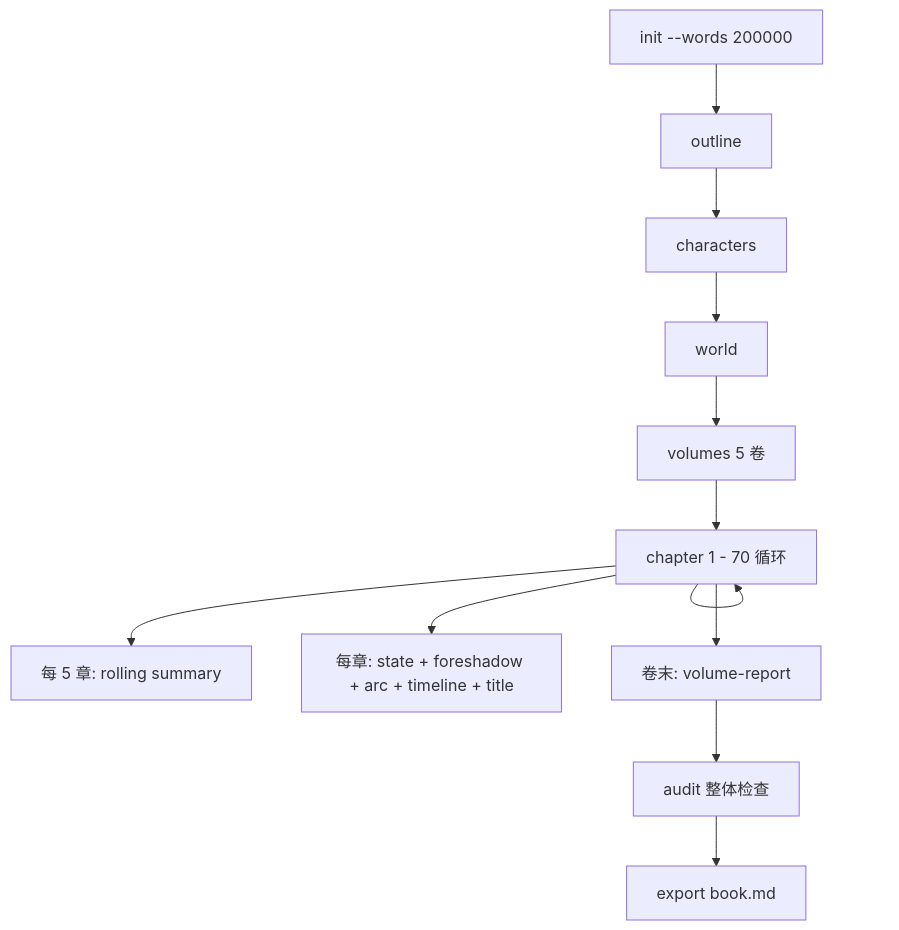
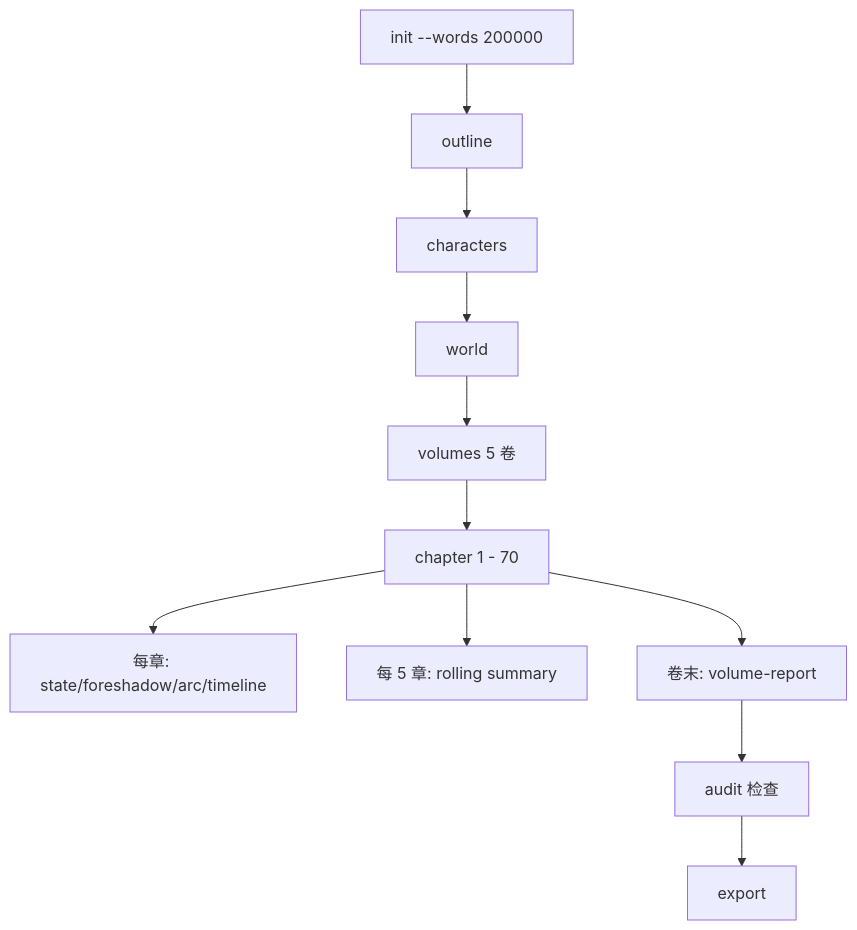
Before and after one commit to growdu/ai-novel: the first of 2 diagrams in docs/USER_MANUAL.md, drawn with Mermaid. The commit also changed other lines of this file, not shown here.

````diff
--- a/docs/USER_MANUAL.md
+++ b/docs/USER_MANUAL.md
@@ -161,14 +147,13 @@
 ```mermaid
 graph TB
     A[init --words 200000] --> B[outline]
     B --> C[characters]
     C --> D[world]
     D --> E[volumes 5 卷]
-    E --> F[chapter 1 - 70 循环]
-    F --> F
-    F --> G[每 5 章: rolling summary]
-    F --> H[每章: state + foreshadow + arc + timeline + title]
+    E --> F[chapter 1 - 70]
+    F --> G[每章: state/foreshadow/arc/timeline]
+    F --> H[每 5 章: rolling summary]
     F --> I[卷末: volume-report]
-    I --> J[audit 整体检查]
-    J --> K[export book.md]
+    I --> J[audit 检查]
+    J --> K[export]
 ```
````
